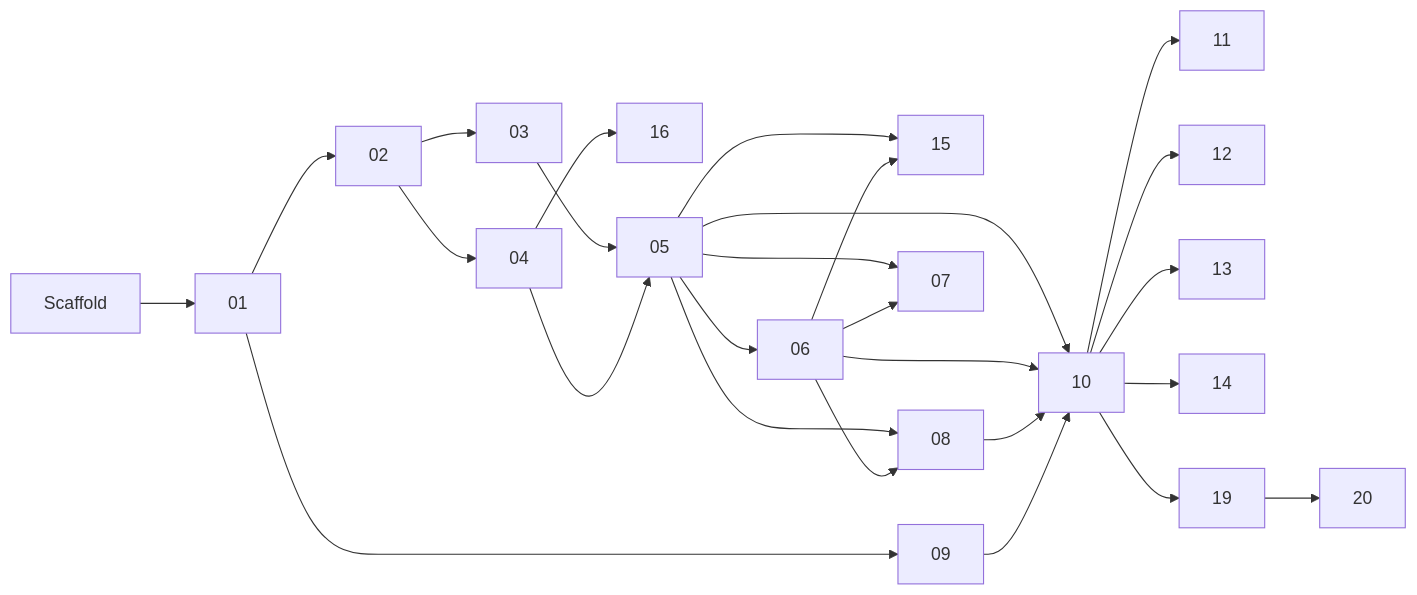
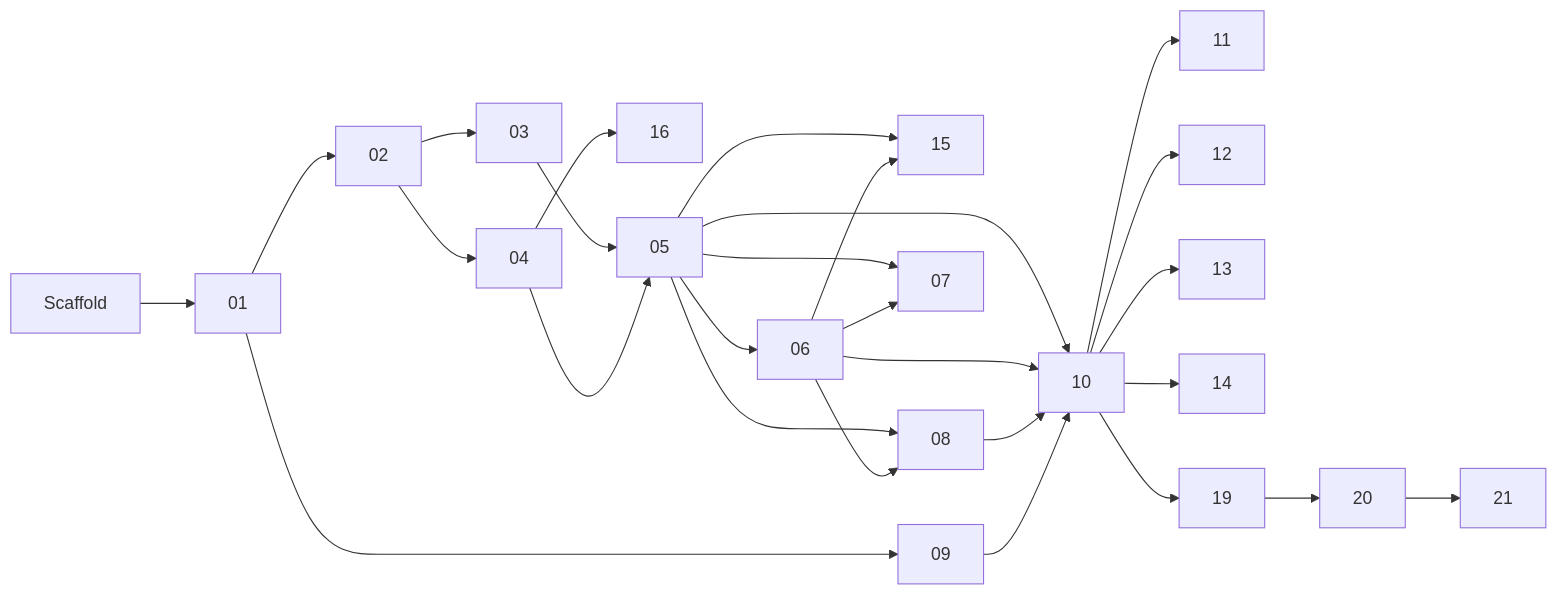
Before and after one commit to jopealgorta/physio-trainer: the diagram in docs/specs/README.md, drawn with Mermaid. The commit also changed other lines of this file and 48 other files, not shown here.

````diff
--- a/docs/specs/README.md
+++ b/docs/specs/README.md
@@ -35,13 +36,14 @@
 ```mermaid
 graph LR
   S[Scaffold] --> 01
   01 --> 02 --> 03 & 04
   01 --> 09
   03 & 04 --> 05 --> 06
   05 & 06 --> 07 & 08 & 15
   04 --> 16
   05 & 06 & 08 & 09 --> 10
   10 --> 11 & 12 & 13 & 14
   10 --> 19
   19 --> 20
+  20 --> 21
 ```
````
